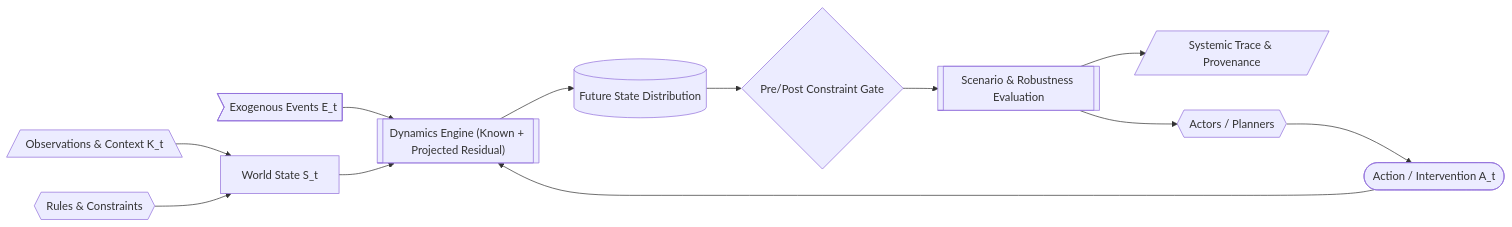
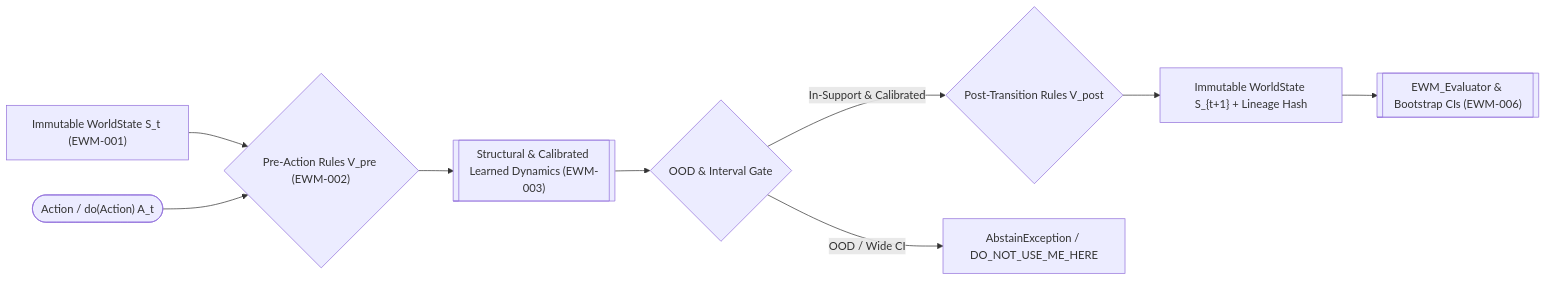
The diagram in README.md (vfcarida/Enterprise-World-Model-Engine), drawn with Mermaid before and after one commit. The commit also changed other lines of this file and 16 other files, not shown here.

````diff
--- a/README.md
+++ b/README.md
@@ -202,17 +379,14 @@
 ```mermaid
 flowchart LR
     accTitle: Enterprise World Model Engine Architecture Dataflow
-    accDescr: End-to-end dataflow illustrating how state observations, runtime context, and constraints initialize the world state, feed into the dynamics engine with actions and exogenous shocks, and pass through constraint verification and scenario evaluation to produce systemic traces.
+    accDescr: End-to-end dataflow illustrating how immutable state snapshots, pre-action constraints, calibrated learned predictors, and post-transition rules execute inside the HybridTransitionRouter to produce audited trajectories and counterfactual evaluations.
 
-    OBS[/"Observations & Context K_t"\] --> STATE["World State S_t"]
-    RULES{{"Rules & Constraints"}} --> STATE
-    EVENTS>Exogenous Events E_t] --> ENGINE[["Dynamics Engine (Known + Projected Residual)"]]
-    STATE --> ENGINE
-    ACTION(["Action / Intervention A_t"]) --> ENGINE
-    ENGINE --> FUTURE[("Future State Distribution")]
-    FUTURE --> VERIFY{"Pre/Post Constraint Gate"}
-    VERIFY --> EVAL[["Scenario & Robustness Evaluation"]]
-    EVAL --> TRACE[/"Systemic Trace & Provenance"/]
-    AGENTS{{"Actors / Planners"}} --> ACTION
-    EVAL --> AGENTS
+    STATE["Immutable WorldState S_t (EWM-001)"] --> PRE{"Pre-Action Rules V_pre (EWM-002)"}
+    ACTION(["Action / do(Action) A_t"]) --> PRE
+    PRE --> DYN[["Structural & Calibrated Learned Dynamics (EWM-003)"]]
+    DYN --> OOD{"OOD & Interval Gate"}
+    OOD -->|In-Support & Calibrated| POST{"Post-Transition Rules V_post"}
+    OOD -->|OOD / Wide CI| ABSTAIN["AbstainException / DO_NOT_USE_ME_HERE"]
+    POST --> NEXT["Immutable WorldState S_{t+1} + Lineage Hash"]
+    NEXT --> EVAL[["EWM_Evaluator & Bootstrap CIs (EWM-006)"]]
 ```
````
